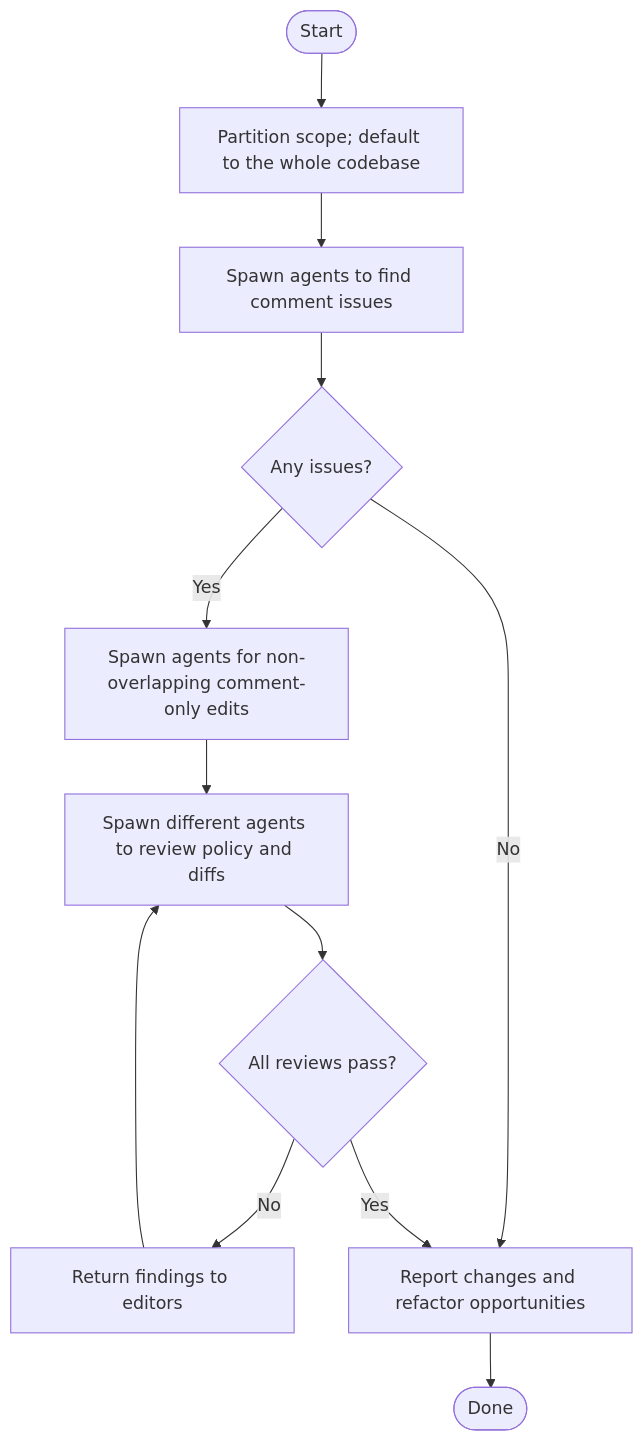
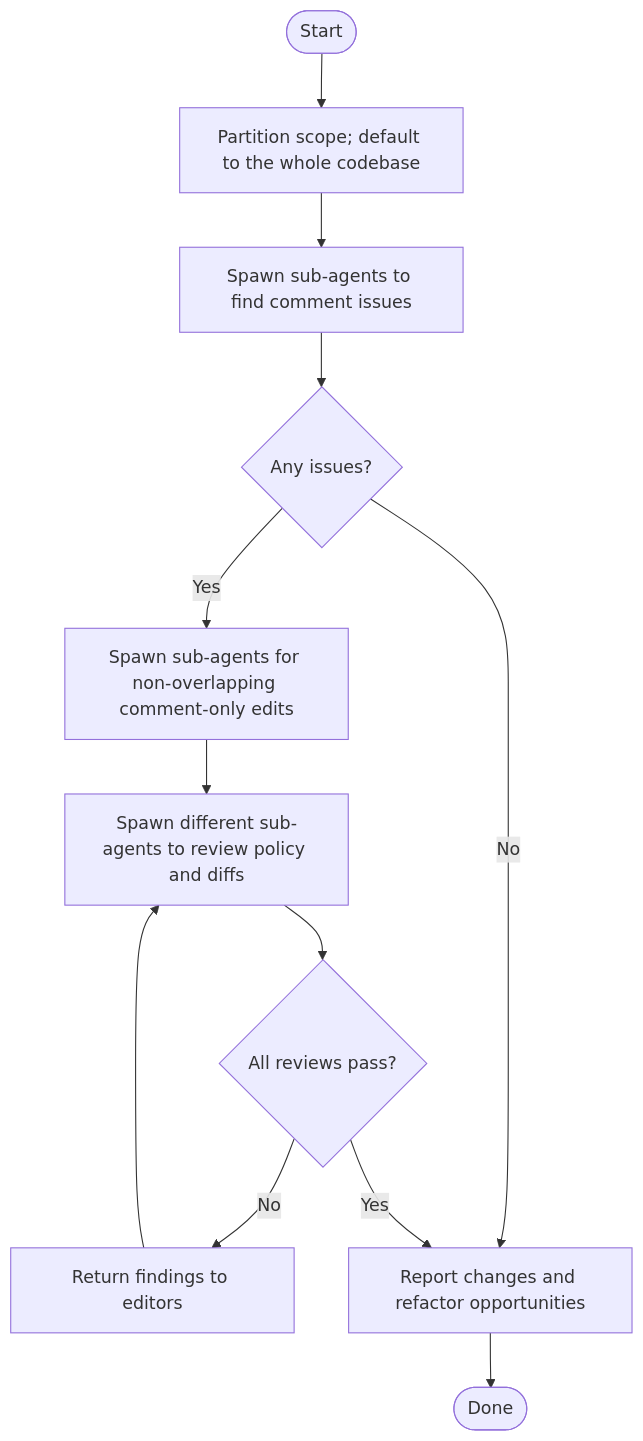
Before and after one commit to teytattze/recallos: the diagram in .agents/skills/loop-enhance-comments/SKILL.md, drawn with Mermaid. The commit also changed other lines of this file and 49 other files, not shown here.

````diff
--- a/.agents/skills/loop-enhance-comments/SKILL.md
+++ b/.agents/skills/loop-enhance-comments/SKILL.md
@@ -15,25 +26,25 @@
 ```mermaid
 flowchart TD
     start(["Start"])
     scope["Partition scope; default to the whole codebase"]
-    explore["Spawn agents to find comment issues"]
+    explore["Spawn sub-agents to find comment issues"]
     actionable{"Any issues?"}
-    edit["Spawn agents for non-overlapping comment-only edits"]
-    review["Spawn different agents to review policy and diffs"]
+    edit["Spawn sub-agents for non-overlapping comment-only edits"]
+    review["Spawn different sub-agents to review policy and diffs"]
     approved{"All reviews pass?"}
     revise["Return findings to editors"]
     report["Report changes and refactor opportunities"]
     done(["Done"])
 
     start --> scope
     scope --> explore
     explore --> actionable
     actionable -- No --> report
     actionable -- Yes --> edit
     edit --> review
     review --> approved
     approved -- No --> revise
     revise --> review
     approved -- Yes --> report
     report --> done
 ```
````
